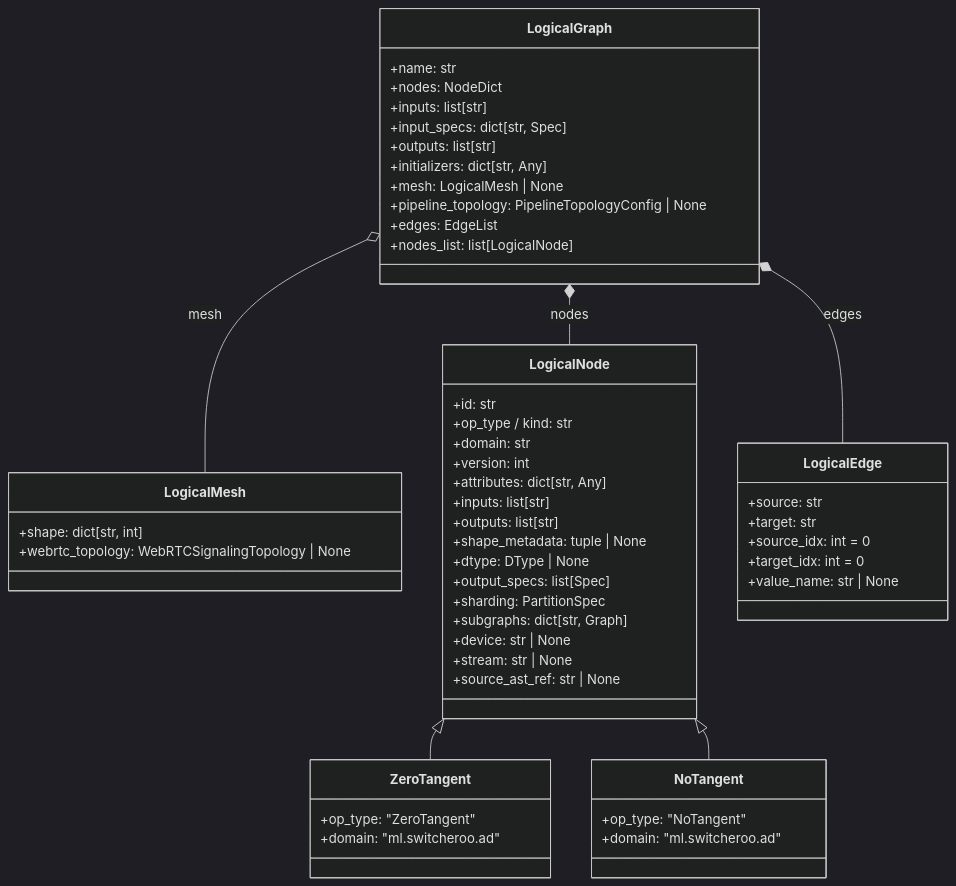
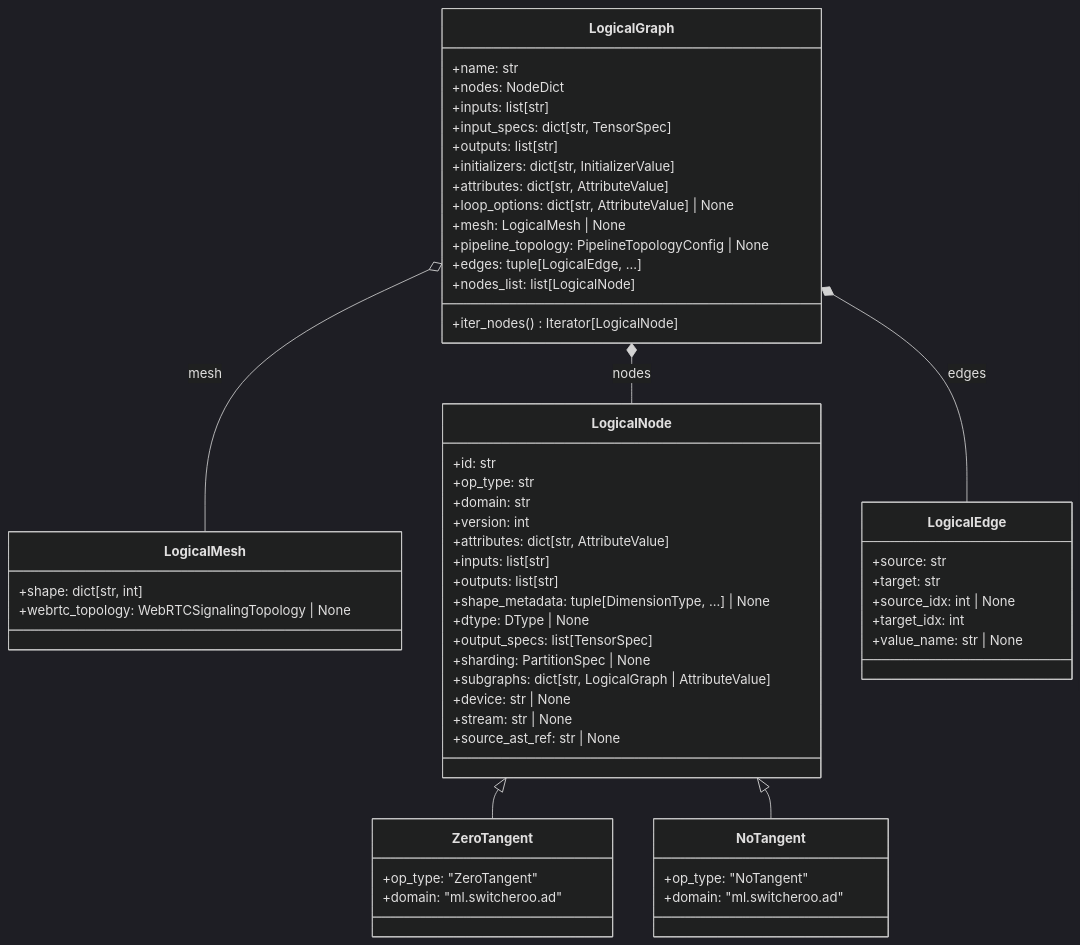
The third of 4 diagrams in ARCHITECTURE.md (SamuelMarks/ml-switcheroo-ir), drawn with Mermaid (dark theme) before and after one commit. The commit also changed other lines of this file and 115 other files, not shown here.

````diff
--- a/ARCHITECTURE.md
+++ b/ARCHITECTURE.md
@@ -160,64 +160,67 @@
 ```mermaid
 classDiagram
     direction TB
 
     class LogicalMesh {
         +shape: dict[str, int]
         +webrtc_topology: WebRTCSignalingTopology | None
     }
 
     class LogicalGraph {
         +name: str
         +nodes: NodeDict
         +inputs: list[str]
-        +input_specs: dict[str, Spec]
+        +input_specs: dict[str, TensorSpec]
         +outputs: list[str]
-        +initializers: dict[str, Any]
+        +initializers: dict[str, InitializerValue]
+        +attributes: dict[str, AttributeValue]
+        +loop_options: dict[str, AttributeValue] | None
         +mesh: LogicalMesh | None
         +pipeline_topology: PipelineTopologyConfig | None
-        +edges: EdgeList
+        +edges: tuple[LogicalEdge, ...]
         +nodes_list: list[LogicalNode]
+        +iter_nodes() Iterator[LogicalNode]
     }
 
     class LogicalNode {
         +id: str
-        +op_type / kind: str
+        +op_type: str
         +domain: str
         +version: int
-        +attributes: dict[str, Any]
+        +attributes: dict[str, AttributeValue]
         +inputs: list[str]
         +outputs: list[str]
-        +shape_metadata: tuple | None
+        +shape_metadata: tuple[DimensionType, ...] | None
         +dtype: DType | None
-        +output_specs: list[Spec]
-        +sharding: PartitionSpec
-        +subgraphs: dict[str, Graph]
+        +output_specs: list[TensorSpec]
+        +sharding: PartitionSpec | None
+        +subgraphs: dict[str, LogicalGraph | AttributeValue]
         +device: str | None
         +stream: str | None
         +source_ast_ref: str | None
     }
 
     class ZeroTangent {
         +op_type: "ZeroTangent"
         +domain: "ml.switcheroo.ad"
     }
 
     class NoTangent {
         +op_type: "NoTangent"
         +domain: "ml.switcheroo.ad"
     }
 
     class LogicalEdge {
         +source: str
         +target: str
-        +source_idx: int = 0
-        +target_idx: int = 0
+        +source_idx: int | None
+        +target_idx: int
         +value_name: str | None
     }
 
     LogicalGraph o-- LogicalMesh : mesh
     LogicalGraph *-- LogicalNode : nodes
     LogicalGraph *-- LogicalEdge : edges
     LogicalNode <|-- ZeroTangent
     LogicalNode <|-- NoTangent
 ```
````
